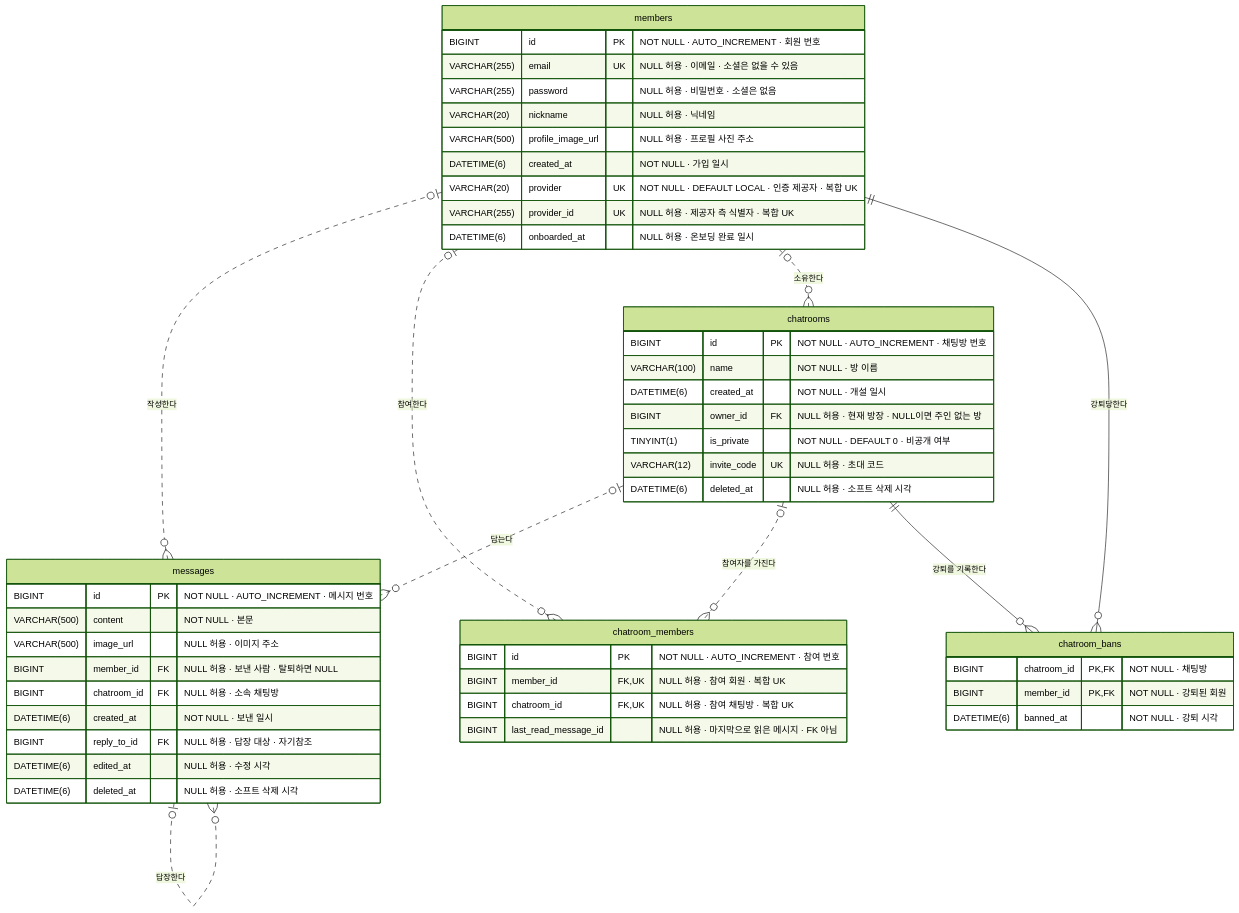
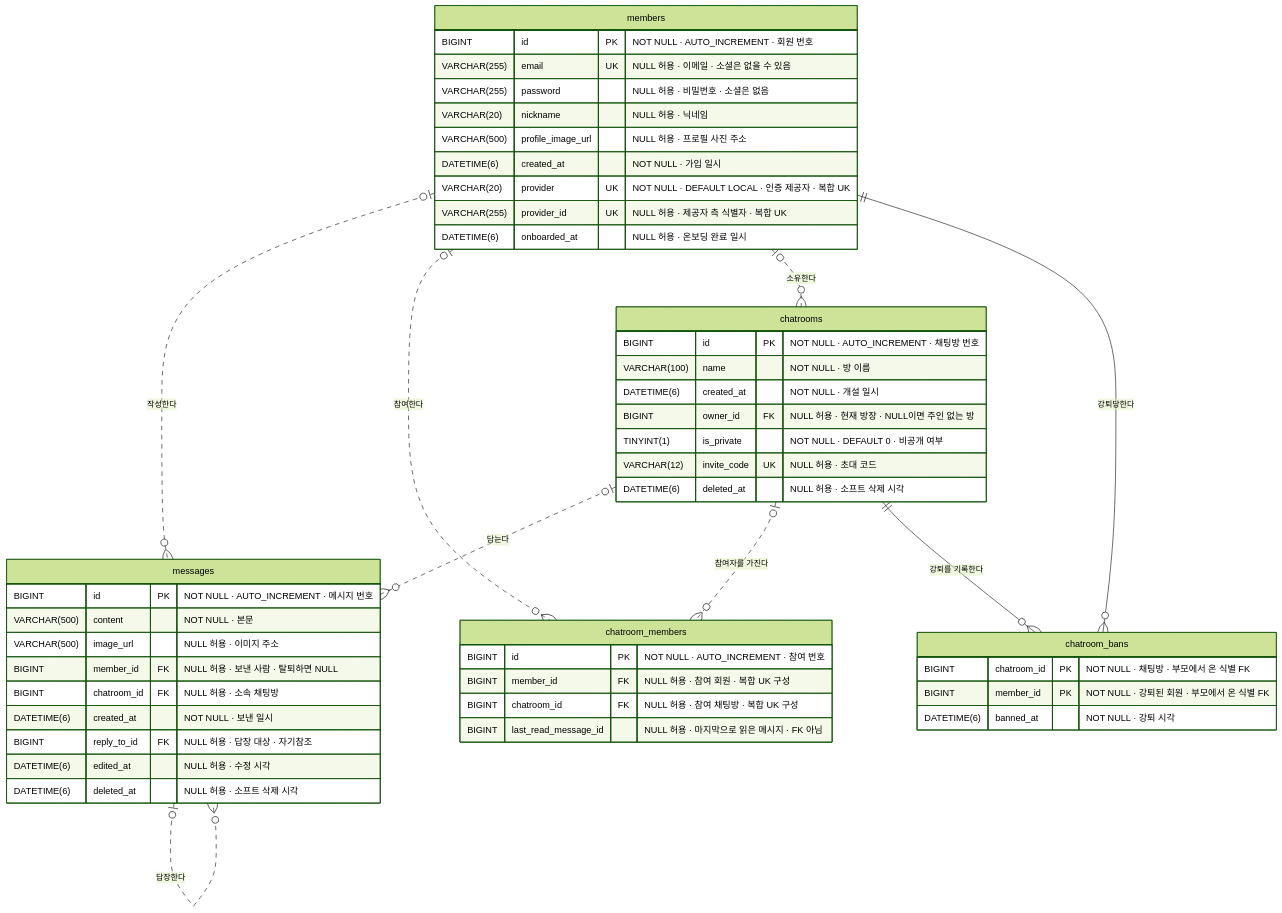
The second of 2 diagrams in README.md (storyrago/Sage), drawn with Mermaid (forest theme) before and after one commit. The commit also changed other lines of this file, not shown here.

Commit message:
docs: ERD 키 표기를 ERDCloud 규칙에 맞춘다

````diff
--- a/README.md
+++ b/README.md
@@ -87,58 +87,58 @@
 ```mermaid
 erDiagram
     members  |o..o{ messages          : "작성한다"
     members  |o..o{ chatroom_members  : "참여한다"
     members  |o..o{ chatrooms         : "소유한다"
     members  ||--o{ chatroom_bans     : "강퇴당한다"
     chatrooms |o..o{ messages         : "담는다"
     chatrooms |o..o{ chatroom_members : "참여자를 가진다"
     chatrooms ||--o{ chatroom_bans    : "강퇴를 기록한다"
     messages |o..o{ messages          : "답장한다"
 
     members {
         BIGINT id PK "NOT NULL · AUTO_INCREMENT · 회원 번호"
         VARCHAR(255) email UK "NULL 허용 · 이메일 · 소셜은 없을 수 있음"
         VARCHAR(255) password "NULL 허용 · 비밀번호 · 소셜은 없음"
         VARCHAR(20) nickname "NULL 허용 · 닉네임"
         VARCHAR(500) profile_image_url "NULL 허용 · 프로필 사진 주소"
         DATETIME(6) created_at "NOT NULL · 가입 일시"
         VARCHAR(20) provider UK "NOT NULL · DEFAULT LOCAL · 인증 제공자 · 복합 UK"
         VARCHAR(255) provider_id UK "NULL 허용 · 제공자 측 식별자 · 복합 UK"
         DATETIME(6) onboarded_at "NULL 허용 · 온보딩 완료 일시"
     }
 
     chatrooms {
         BIGINT id PK "NOT NULL · AUTO_INCREMENT · 채팅방 번호"
         VARCHAR(100) name "NOT NULL · 방 이름"
         DATETIME(6) created_at "NOT NULL · 개설 일시"
         BIGINT owner_id FK "NULL 허용 · 현재 방장 · NULL이면 주인 없는 방"
         TINYINT(1) is_private "NOT NULL · DEFAULT 0 · 비공개 여부"
         VARCHAR(12) invite_code UK "NULL 허용 · 초대 코드"
         DATETIME(6) deleted_at "NULL 허용 · 소프트 삭제 시각"
     }
 
     messages {
         BIGINT id PK "NOT NULL · AUTO_INCREMENT · 메시지 번호"
         VARCHAR(500) content "NOT NULL · 본문"
         VARCHAR(500) image_url "NULL 허용 · 이미지 주소"
         BIGINT member_id FK "NULL 허용 · 보낸 사람 · 탈퇴하면 NULL"
         BIGINT chatroom_id FK "NULL 허용 · 소속 채팅방"
         DATETIME(6) created_at "NOT NULL · 보낸 일시"
         BIGINT reply_to_id FK "NULL 허용 · 답장 대상 · 자기참조"
         DATETIME(6) edited_at "NULL 허용 · 수정 시각"
         DATETIME(6) deleted_at "NULL 허용 · 소프트 삭제 시각"
     }
 
     chatroom_members {
         BIGINT id PK "NOT NULL · AUTO_INCREMENT · 참여 번호"
-        BIGINT member_id FK,UK "NULL 허용 · 참여 회원 · 복합 UK"
-        BIGINT chatroom_id FK,UK "NULL 허용 · 참여 채팅방 · 복합 UK"
+        BIGINT member_id FK "NULL 허용 · 참여 회원 · 복합 UK 구성"
+        BIGINT chatroom_id FK "NULL 허용 · 참여 채팅방 · 복합 UK 구성"
         BIGINT last_read_message_id "NULL 허용 · 마지막으로 읽은 메시지 · FK 아님"
     }
 
     chatroom_bans {
-        BIGINT chatroom_id PK,FK "NOT NULL · 채팅방"
-        BIGINT member_id PK,FK "NOT NULL · 강퇴된 회원"
+        BIGINT chatroom_id PK "NOT NULL · 채팅방 · 부모에서 온 식별 FK"
+        BIGINT member_id PK "NOT NULL · 강퇴된 회원 · 부모에서 온 식별 FK"
         DATETIME(6) banned_at "NOT NULL · 강퇴 시각"
     }
 ```
````
